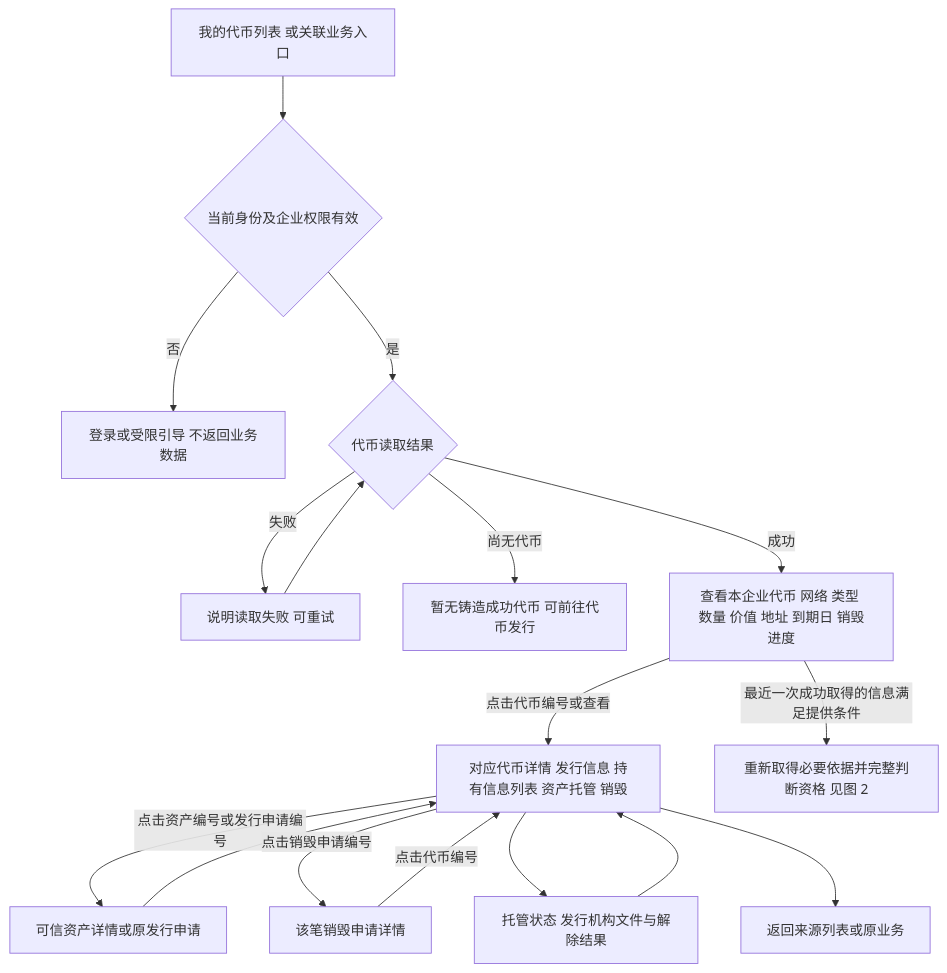
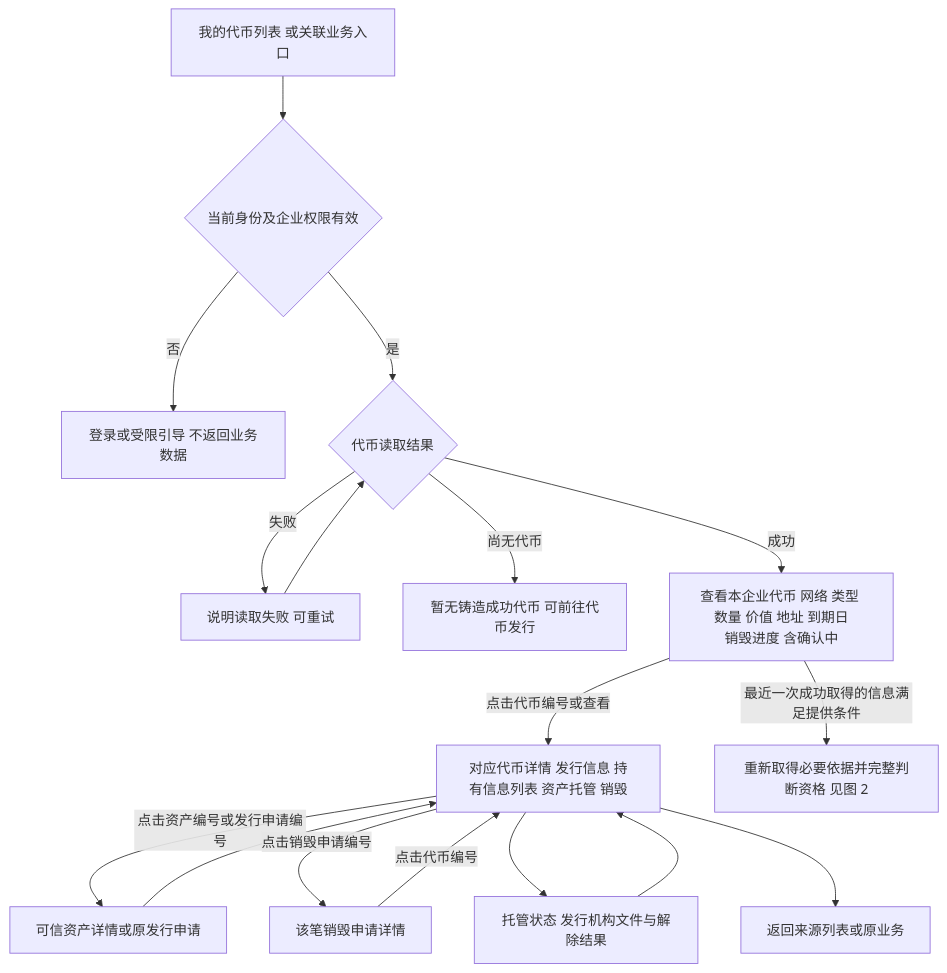
The first of 5 diagrams in token-issuance-platform/PRD/面客端/M4a-我的代币与销毁申请/02-我的代币与销毁申请-流程图与状态机.md (wxblockchain/Chain-Financing), drawn with Mermaid before and after one commit. The commit also changed other lines of this file and 21 other files, not shown here.

````diff
--- a/token-issuance-platform/PRD/面客端/M4a-我的代币与销毁申请/02-我的代币与销毁申请-流程图与状态机.md
+++ b/token-issuance-platform/PRD/面客端/M4a-我的代币与销毁申请/02-我的代币与销毁申请-流程图与状态机.md
@@ -17,19 +17,19 @@
 ```mermaid
 flowchart TD
     A[我的代币列表 或关联业务入口] --> B{当前身份及企业权限有效}
     B -->|否| C[登录或受限引导 不返回业务数据]
     B -->|是| D{代币读取结果}
     D -->|失败| E[说明读取失败 可重试]
     E --> D
     D -->|尚无代币| F[暂无铸造成功代币 可前往代币发行]
-    D -->|成功| G[查看本企业代币 网络 类型 数量 价值 地址 到期日 销毁进度]
+    D -->|成功| G[查看本企业代币 网络 类型 数量 价值 地址 到期日<br/>销毁进度 含确认中]
     G -->|点击代币编号或查看| H[对应代币详情 发行信息 持有信息列表 资产托管 销毁]
     G -->|最近一次成功取得的信息满足提供条件| X[重新取得必要依据并完整判断资格 见图 2]
     H -->|点击资产编号或发行申请编号| I[可信资产详情或原发行申请]
     I --> H
     H -->|点击销毁申请编号| J[该笔销毁申请详情]
     J -->|点击代币编号| H
     H --> P[托管状态 发行机构文件与解除结果]
     P --> H
     H --> K[返回来源列表或原业务]
 ```
````
